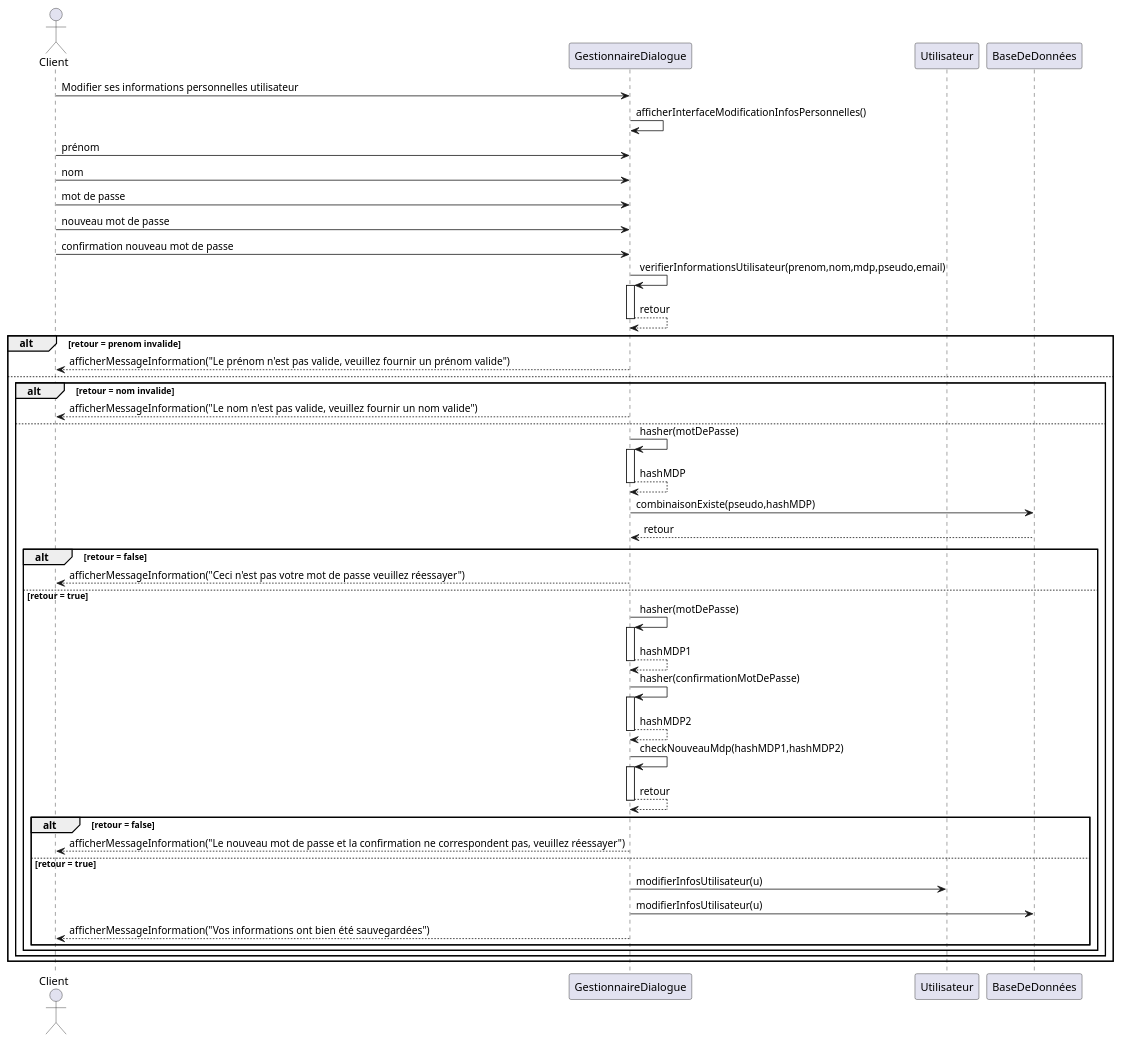
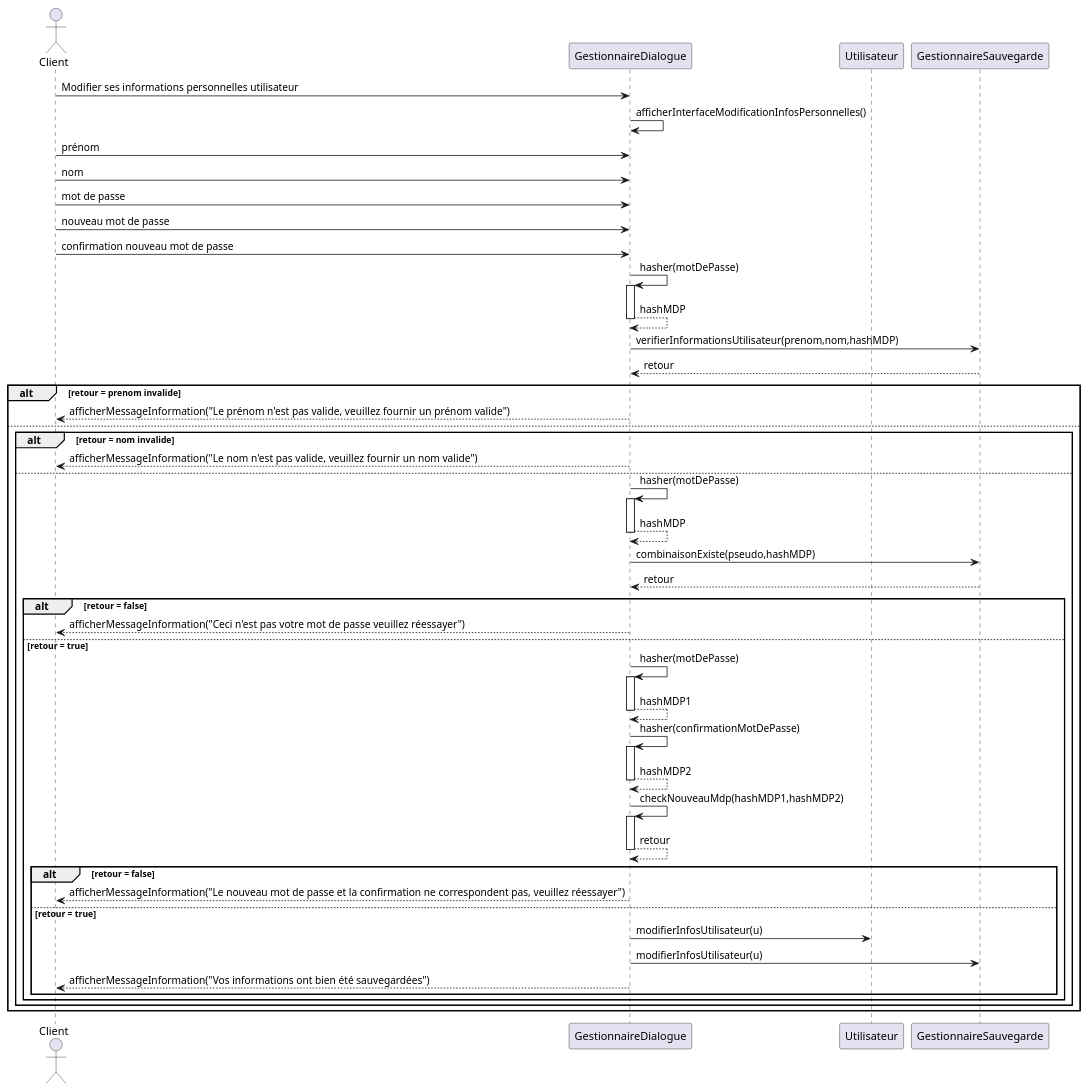
One commit to lmtb06/sharecount changed the diagram in diagrammes/conception/-modifier-infos-personnelles-utilisateur.puml. Above: the diagram before and after it, drawn with PlantUML. The commit also changed 1 other file, not shown here.

Commit message:
Modifié le cas de modifier-infos-personnelles.puml et ajouté les fonctions dans classes.puml

```diff
--- a/diagrammes/conception/-modifier-infos-personnelles-utilisateur.puml
+++ b/diagrammes/conception/-modifier-infos-personnelles-utilisateur.puml
@@ -1,45 +1,47 @@
 @startuml Modifier infos personnelles
 actor "Client" as user
 participant GestionnaireDialogue as gd
 participant Utilisateur as u
-participant BaseDeDonnées as bdd
+participant GestionnaireSauvegarde as gs
 
 user -> gd : Modifier ses informations personnelles utilisateur
 gd 	-> 	gd : afficherInterfaceModificationInfosPersonnelles()
 user 	-> 	gd : prénom
 user 	-> 	gd : nom
 user 	-> 	gd : mot de passe
 user 	-> 	gd : nouveau mot de passe
 user 	-> 	gd : confirmation nouveau mot de passe
-gd 	-> 	gd ++: verifierInformationsUtilisateur(prenom,nom,mdp,pseudo,email)
-gd 	--> 	gd --: retour
+gd 	-> gd ++: hasher(motDePasse)
+gd 	--> gd --: hashMDP
+gd 	-> 	gs : verifierInformationsUtilisateur(prenom,nom,hashMDP)
+gs 	--> 	gd : retour
 alt retour = prenom invalide
 user 	<-- 	gd : afficherMessageInformation("Le prénom n'est pas valide, veuillez fournir un prénom valide")
 else
 alt retour = nom invalide
 user 	<-- 	gd : afficherMessageInformation("Le nom n'est pas valide, veuillez fournir un nom valide")
 else
 gd 	-> gd ++: hasher(motDePasse)
 gd 	--> gd --: hashMDP
-gd -> bdd : combinaisonExiste(pseudo,hashMDP)
-bdd --> gd : retour
+gd -> gs : combinaisonExiste(pseudo,hashMDP)
+gs --> gd : retour
 alt retour = false
 user 	<-- 	gd : afficherMessageInformation("Ceci n'est pas votre mot de passe veuillez réessayer")
 else retour = true
 gd 	-> gd ++: hasher(motDePasse)
 gd 	--> gd --: hashMDP1
 gd 	-> gd ++: hasher(confirmationMotDePasse)
 gd 	--> gd --: hashMDP2
 gd 	-> 	gd ++: checkNouveauMdp(hashMDP1,hashMDP2)
 gd --> gd --: retour 
 alt retour = false
 user 	<-- 	gd : afficherMessageInformation("Le nouveau mot de passe et la confirmation ne correspondent pas, veuillez réessayer")
 else retour = true
 gd 	-> 	u : modifierInfosUtilisateur(u)
-gd 	-> 	bdd : modifierInfosUtilisateur(u)
+gd 	-> 	gs : modifierInfosUtilisateur(u)
 user 	<-- 	gd : afficherMessageInformation("Vos informations ont bien été sauvegardées")
 end
 end
 end
 end
 @enduml
```
